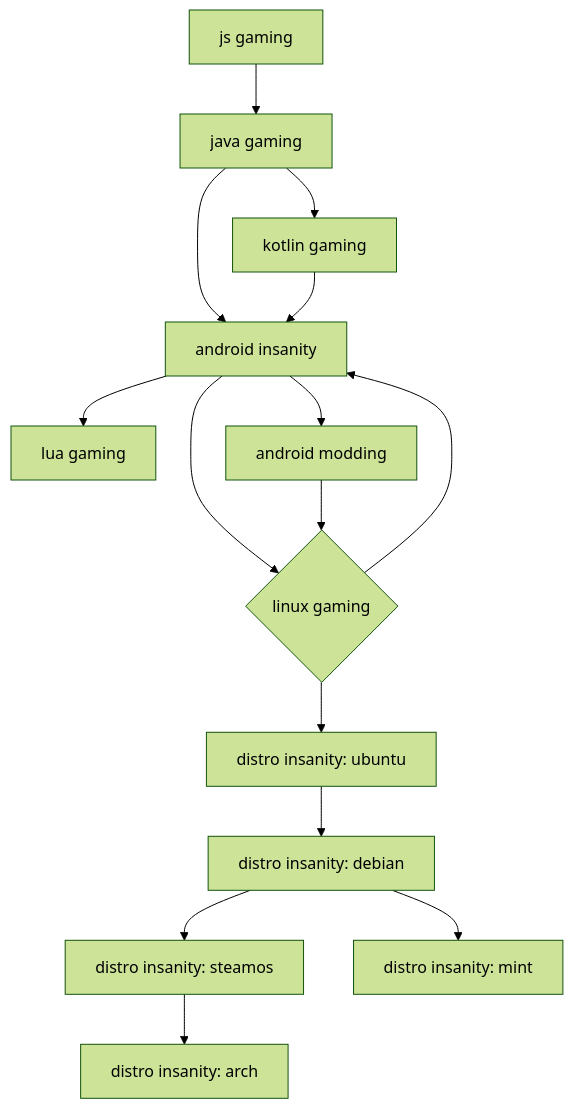
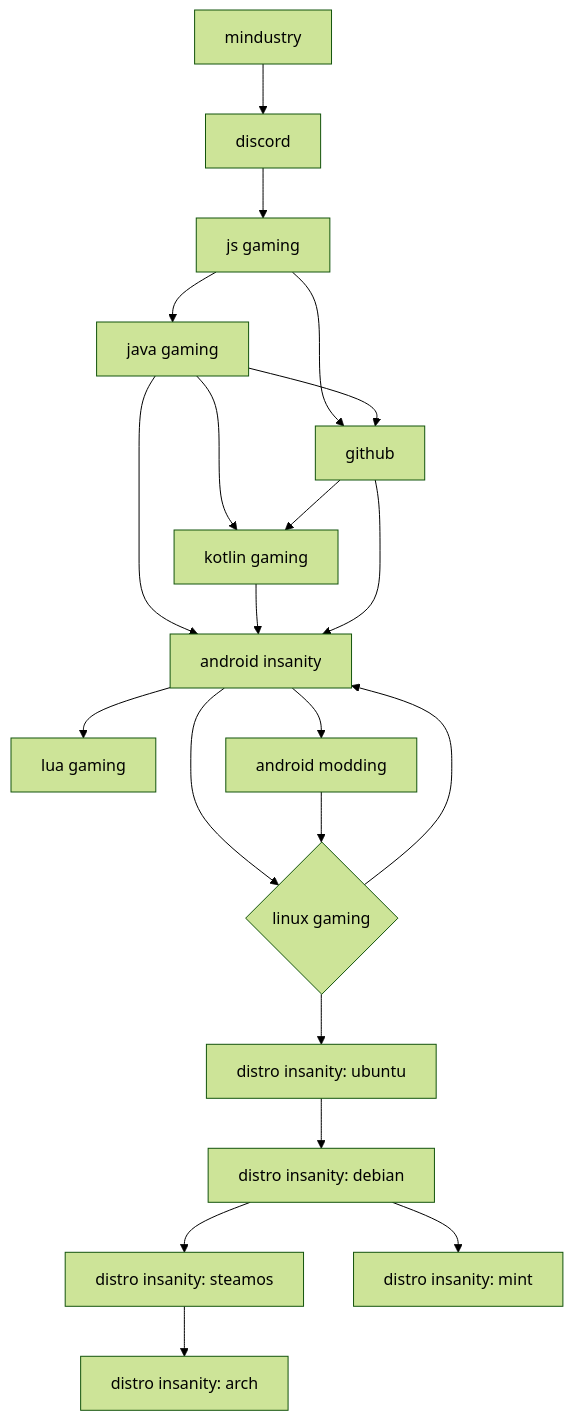
The diagram in README.md (SMOLKEYS/SMOLKEYS), drawn with Mermaid (forest theme) before and after one commit. The commit also changed other lines of this file, not shown here.

````diff
--- a/README.md
+++ b/README.md
@@ -4,17 +4,23 @@
 ```mermaid
 graph TD
   A[js gaming] --> B[java gaming]
   B --> C[android insanity]
   B --> D[kotlin gaming]
   C --> E[lua gaming]
   C --> F{linux gaming}
   D --> C
   C --> G[android modding]
   G --> F
   F --> H[distro insanity: ubuntu]
   H --> I[distro insanity: debian]
   I --> J[distro insanity: steamos]
   I --> K[distro insanity: mint]
   J --> L[distro insanity: arch]
   F --> C
+  M[mindustry] --> N[discord]
+  A --> O[github]
+  B --> O
+  O --> C
+  O --> D
+  N --> A
 ```
````
